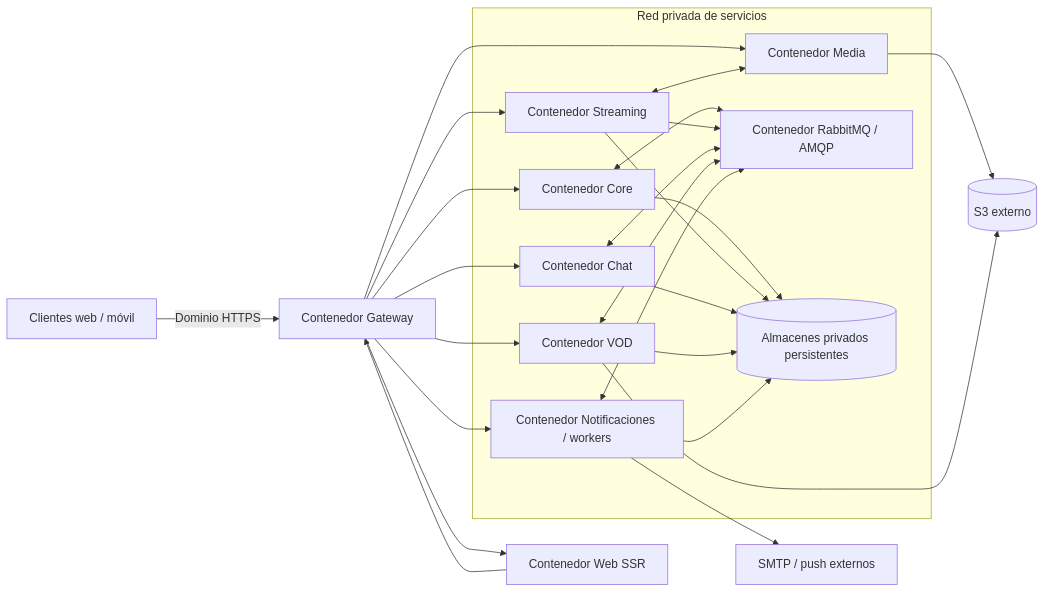
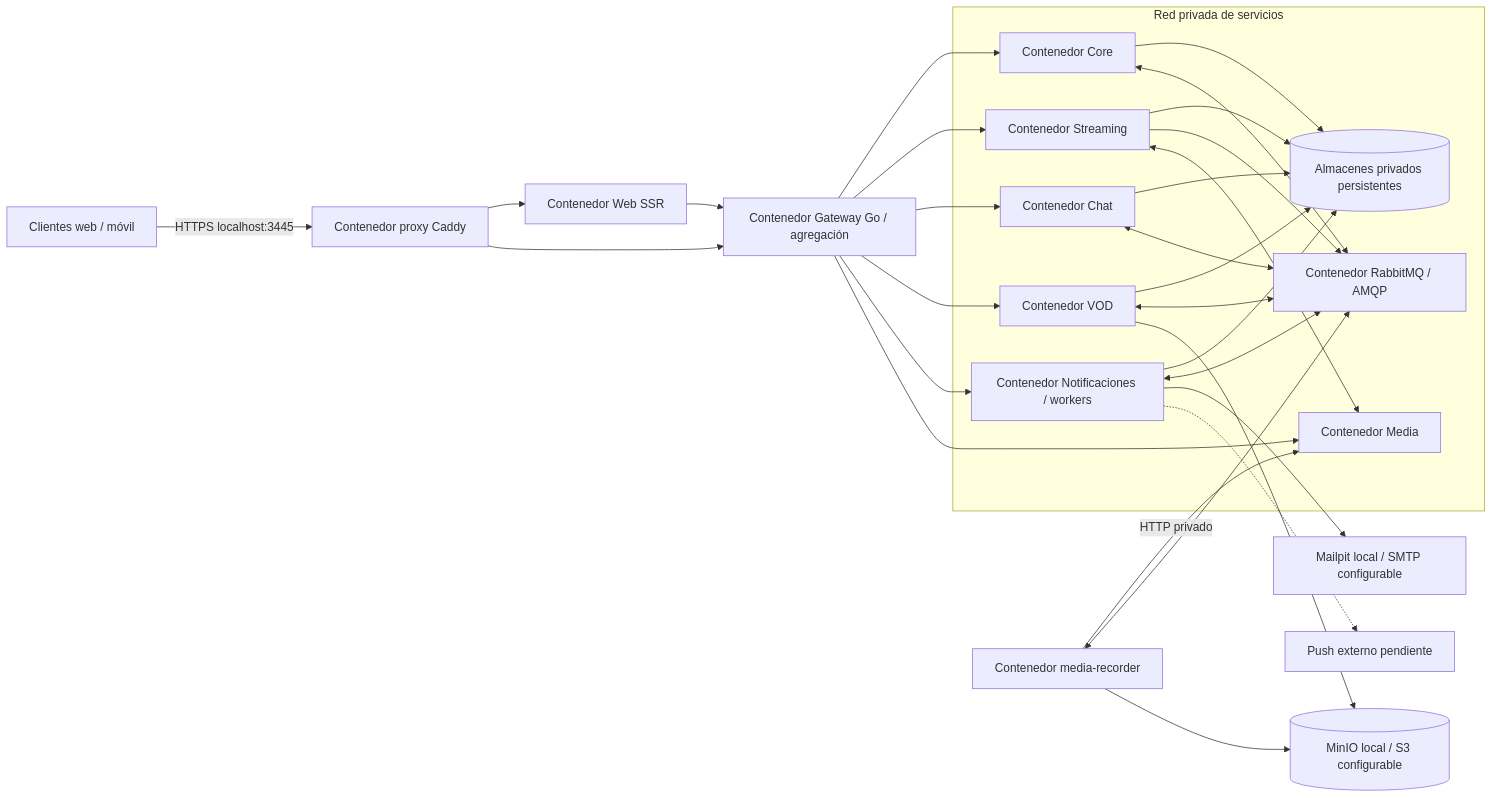
Before and after one commit to SWARCH-1A/streaming: the second of 2 diagrams in docs/arquitectura_c4_cnc_despliegue.md, drawn with Mermaid. The commit also changed other lines of this file and 150 other files, not shown here.

Commit message:
feat(integration): complete local P2 media and client flows

````diff
--- a/docs/arquitectura_c4_cnc_despliegue.md
+++ b/docs/arquitectura_c4_cnc_despliegue.md
@@ -86,36 +86,40 @@
 ```mermaid
 flowchart LR
-  Clients[Clientes web / móvil] -->|Dominio HTTPS| G[Contenedor Gateway]
-  G --> W[Contenedor Web SSR]
+  Clients[Clientes web / móvil] -->|HTTPS localhost:3445| P[Contenedor proxy Caddy]
+  P --> W[Contenedor Web SSR]
+  P --> G[Contenedor Gateway Go / agregación]
   subgraph Private[Red privada de servicios]
     C[Contenedor Core]
     S[Contenedor Streaming]
     CH[Contenedor Chat]
     V[Contenedor VOD]
     N[Contenedor Notificaciones / workers]
     M[Contenedor Media]
     B[Contenedor RabbitMQ / AMQP]
     D[(Almacenes privados persistentes)]
   end
   G --> C
   G --> S
   G --> CH
   G --> V
   G --> N
   G --> M
   W --> G
   C --> D
   S --> D
   CH --> D
   V --> D
   N --> D
   C <--> B
   S --> B
   CH <--> B
   V <--> B
   N <--> B
   S <--> M
-  M --> S3[(S3 externo)]
-  V --> S3
-  N --> Providers[SMTP / push externos]
+  V --> S3[(MinIO local / S3 configurable)]
+  R[Contenedor media-recorder] -->|HTTP privado| M
+  R --> S3
+  R <--> B
+  N --> SMTP[Mailpit local / SMTP configurable]
+  N -.-> Push[Push externo pendiente]
 ```
````
